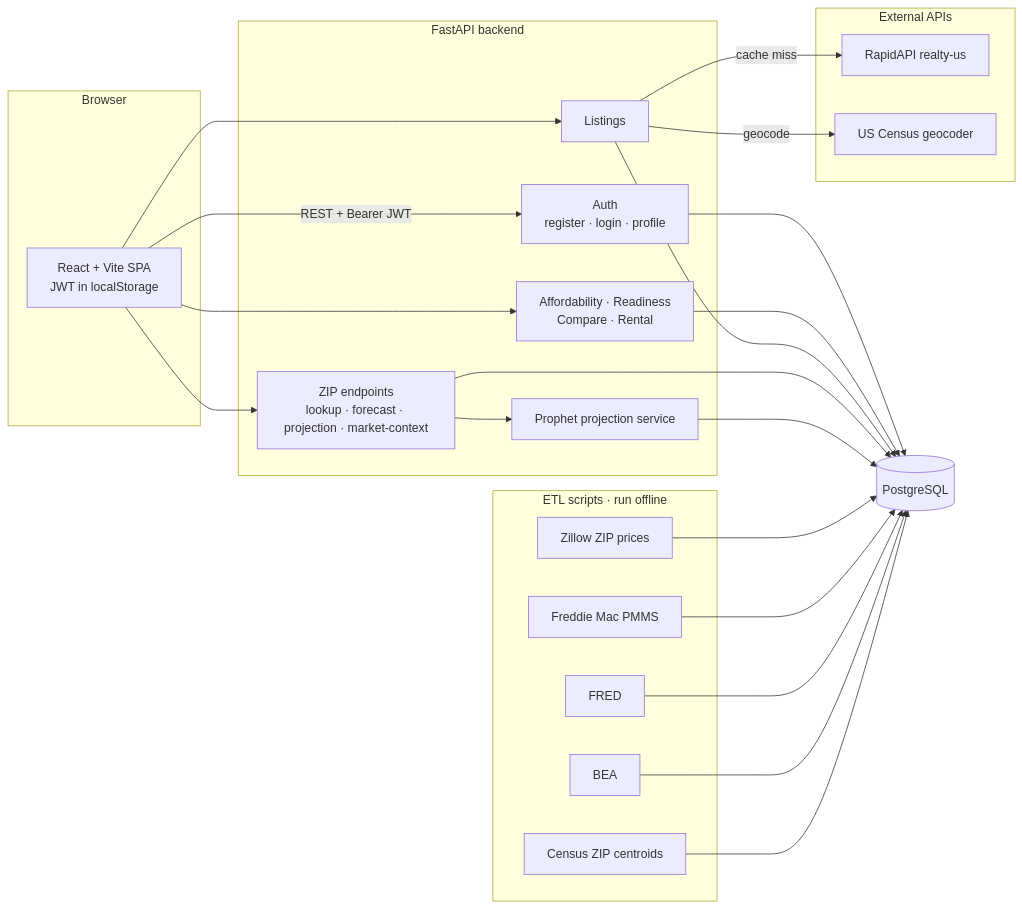
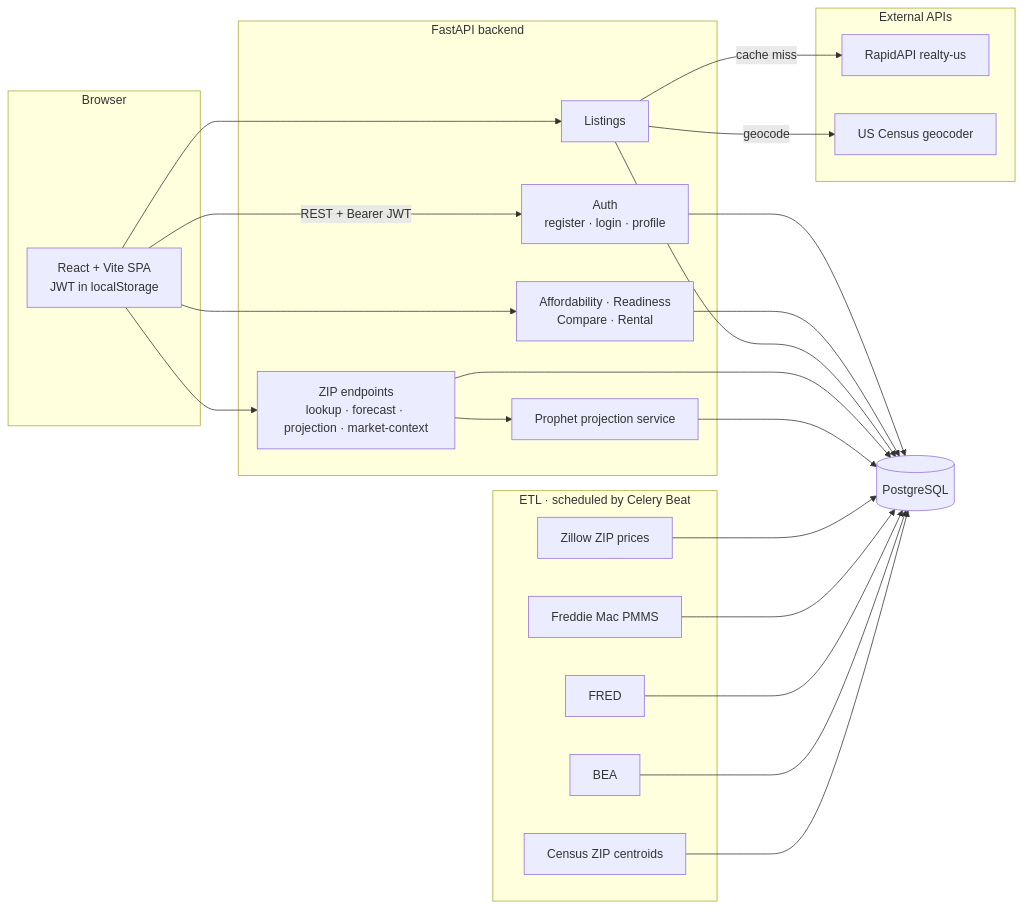
One commit to rahul-sg/Touse changed the diagram in README.md. Above: the diagram before and after it, drawn with Mermaid. The commit also changed 4 other files, not shown here.

````diff
--- a/README.md
+++ b/README.md
@@ -22,47 +22,47 @@
 ```mermaid
 flowchart LR
     subgraph client[Browser]
         UI["React + Vite SPA<br/>JWT in localStorage"]
     end
 
     subgraph api[FastAPI backend]
         AUTH["Auth<br/>register · login · profile"]
         CALC["Affordability · Readiness<br/>Compare · Rental"]
         LIST["Listings"]
         ZIPF["ZIP endpoints<br/>lookup · forecast · projection · market-context"]
         PROPHET["Prophet projection service"]
     end
 
     DB[("PostgreSQL")]
 
     subgraph ext[External APIs]
         RAPID["RapidAPI realty-us"]
         CENSUS["US Census geocoder"]
     end
 
-    subgraph etl[ETL scripts · run offline]
+    subgraph etl[ETL · scheduled by Celery Beat]
         E1["Zillow ZIP prices"]
         E2["Freddie Mac PMMS"]
         E3["FRED"]
         E4["BEA"]
         E5["Census ZIP centroids"]
     end
 
     UI -->|"REST + Bearer JWT"| AUTH
     UI --> CALC
     UI --> LIST
     UI --> ZIPF
     ZIPF --> PROPHET
     AUTH --> DB
     CALC --> DB
     LIST --> DB
     ZIPF --> DB
     PROPHET --> DB
     LIST -->|cache miss| RAPID
     LIST -->|geocode| CENSUS
     E1 --> DB
     E2 --> DB
     E3 --> DB
     E4 --> DB
     E5 --> DB
 ```
````
